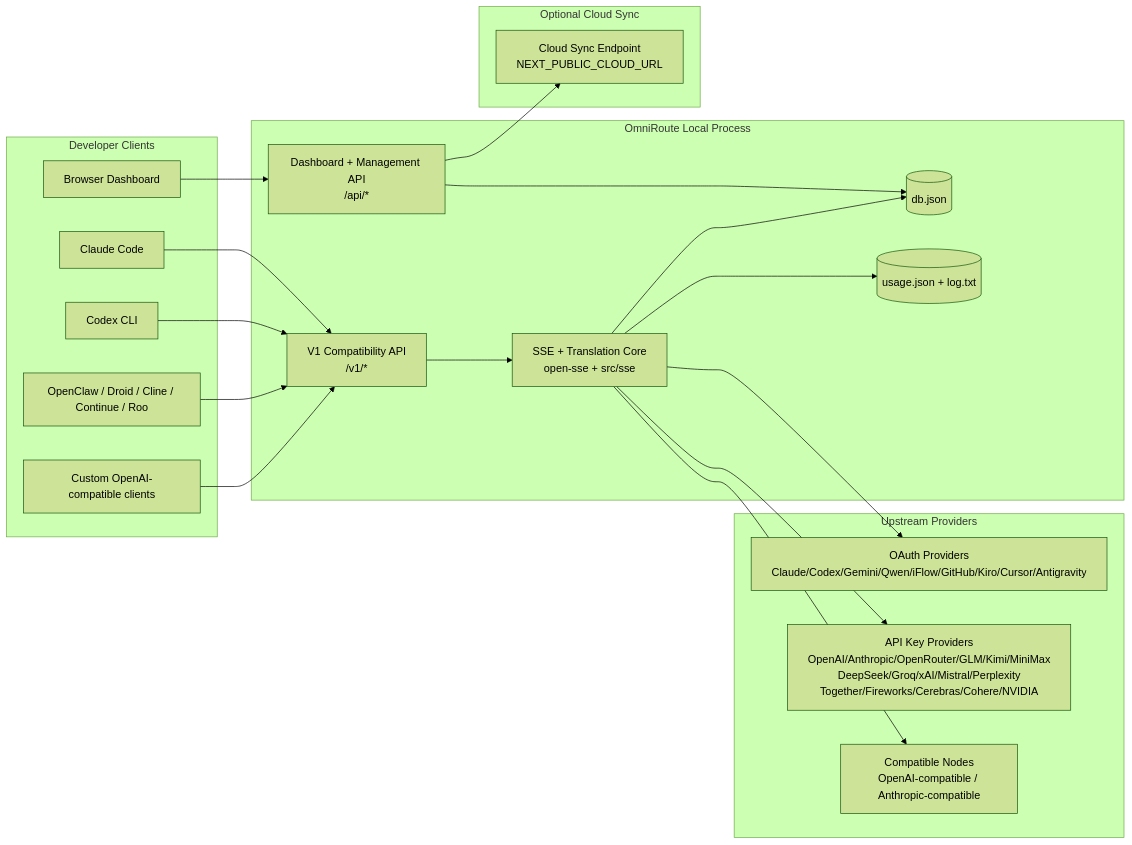
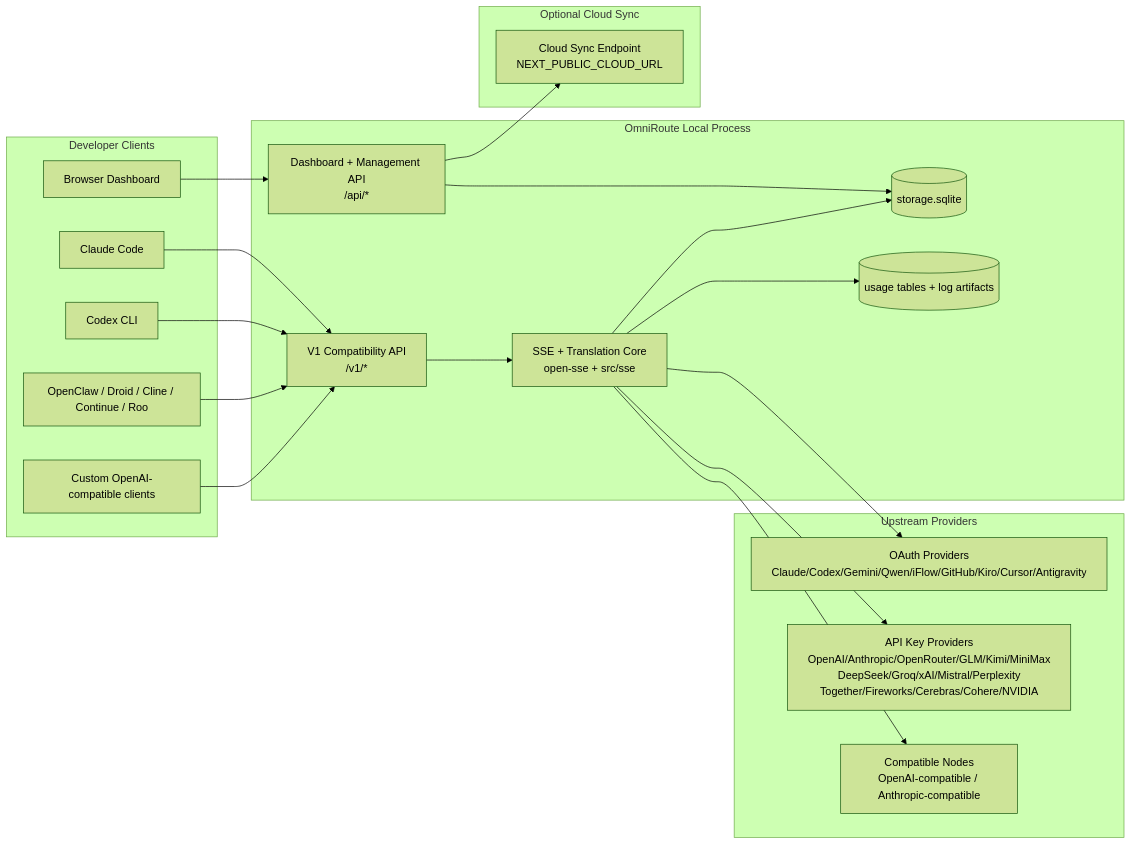
Before and after one commit to innotelinc/jesus: the first of 7 diagrams in apps/omniroute/docs/i18n/ar/ARCHITECTURE.md, drawn with Mermaid (forest theme). The commit also changed other lines of this file and 209 other files, not shown here.

````diff
--- a/apps/omniroute/docs/i18n/ar/ARCHITECTURE.md
+++ b/apps/omniroute/docs/i18n/ar/ARCHITECTURE.md
@@ -70,45 +70,45 @@
 ```mermaid
 flowchart LR
     subgraph Clients[Developer Clients]
         C1[Claude Code]
         C2[Codex CLI]
         C3[OpenClaw / Droid / Cline / Continue / Roo]
         C4[Custom OpenAI-compatible clients]
         BROWSER[Browser Dashboard]
     end
 
     subgraph Router[OmniRoute Local Process]
         API[V1 Compatibility API\n/v1/*]
         DASH[Dashboard + Management API\n/api/*]
         CORE[SSE + Translation Core\nopen-sse + src/sse]
-        DB[(db.json)]
-        UDB[(usage.json + log.txt)]
+        DB[(storage.sqlite)]
+        UDB[(usage tables + log artifacts)]
     end
 
     subgraph Upstreams[Upstream Providers]
         P1[OAuth Providers\nClaude/Codex/Gemini/Qwen/iFlow/GitHub/Kiro/Cursor/Antigravity]
         P2[API Key Providers\nOpenAI/Anthropic/OpenRouter/GLM/Kimi/MiniMax\nDeepSeek/Groq/xAI/Mistral/Perplexity\nTogether/Fireworks/Cerebras/Cohere/NVIDIA]
         P3[Compatible Nodes\nOpenAI-compatible / Anthropic-compatible]
     end
 
     subgraph Cloud[Optional Cloud Sync]
         CLOUD[Cloud Sync Endpoint\nNEXT_PUBLIC_CLOUD_URL]
     end
 
     C1 --> API
     C2 --> API
     C3 --> API
     C4 --> API
     BROWSER --> DASH
 
     API --> CORE
     DASH --> DB
     CORE --> DB
     CORE --> UDB
 
     CORE --> P1
     CORE --> P2
     CORE --> P3
 
     DASH --> CLOUD
 ```
````
